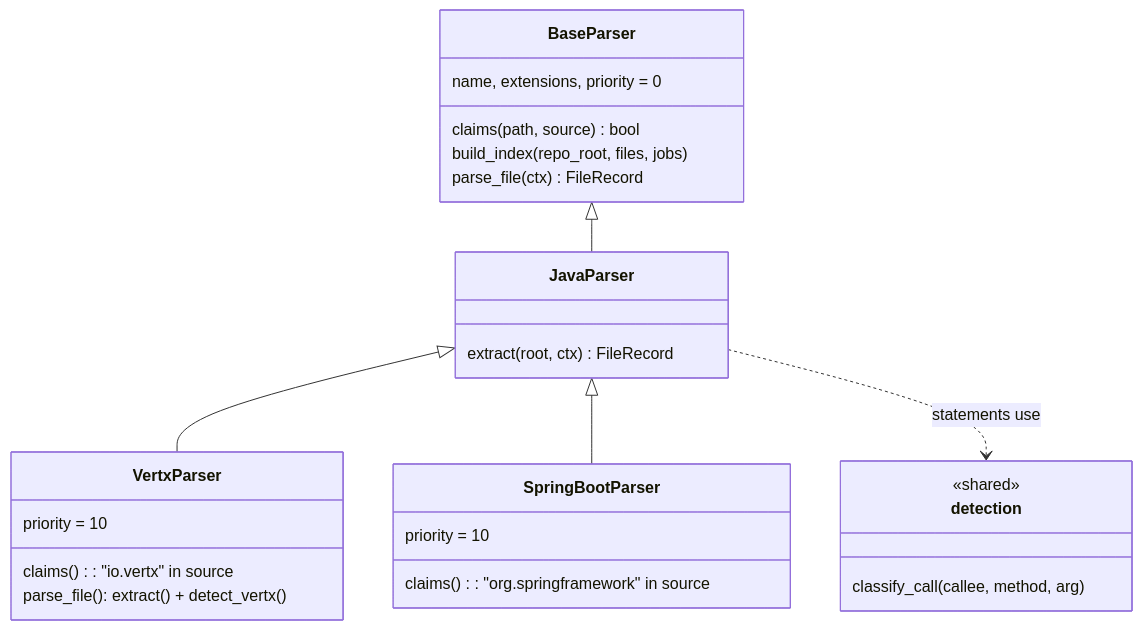
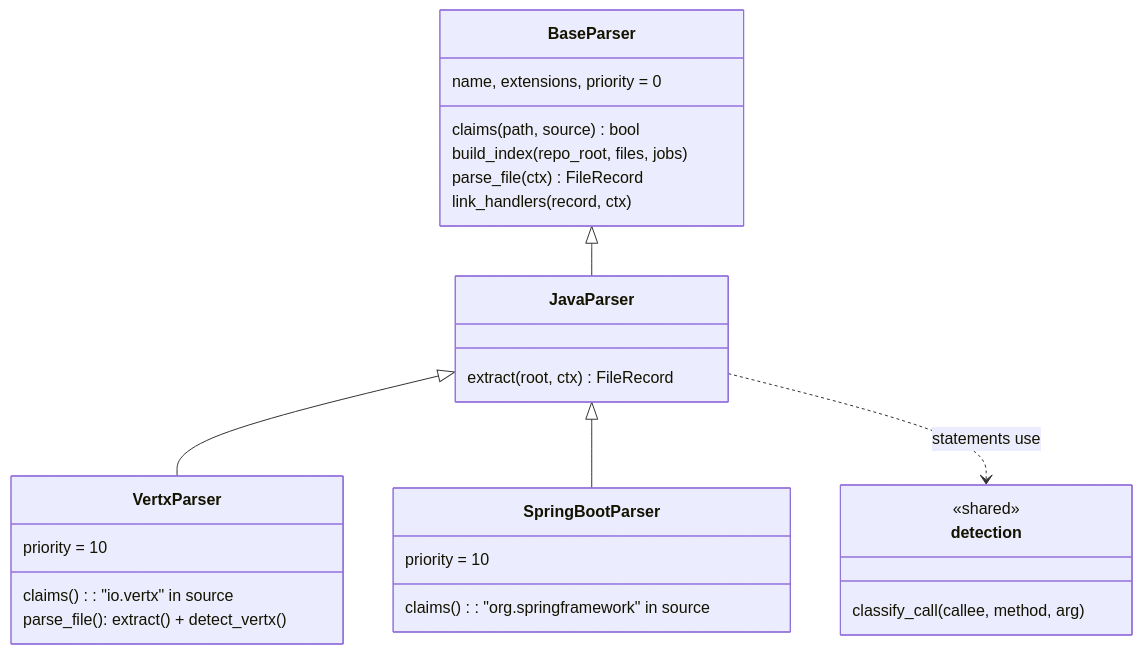
Before and after one commit to accionlabs/breezeai-cog: the sixth of 9 diagrams in docs/architecture.md, drawn with Mermaid. The commit also changed other lines of this file and 3 other files, not shown here.

````diff
--- a/docs/architecture.md
+++ b/docs/architecture.md
@@ -413,29 +413,30 @@
 ```mermaid
 classDiagram
   class BaseParser {
     name, extensions, priority = 0
     claims(path, source) bool
     build_index(repo_root, files, jobs)
     parse_file(ctx) FileRecord
+    link_handlers(record, ctx)
   }
   class JavaParser {
     extract(root, ctx) FileRecord
   }
   class VertxParser {
     priority = 10
     claims(): "io.vertx" in source
     parse_file(): extract() + detect_vertx()
   }
   class SpringBootParser {
     priority = 10
     claims(): "org.springframework" in source
   }
   class detection {
     <<shared>>
     classify_call(callee, method, arg)
   }
   BaseParser <|-- JavaParser
   JavaParser <|-- VertxParser
   JavaParser <|-- SpringBootParser
   JavaParser ..> detection : statements use
 ```
````
